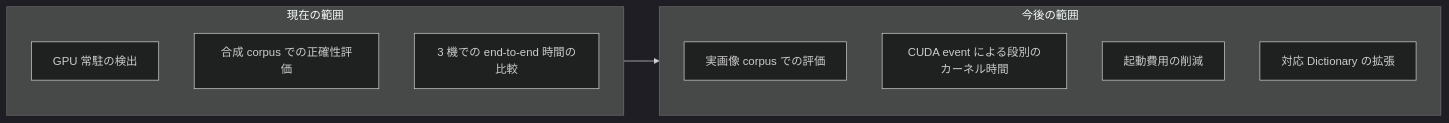
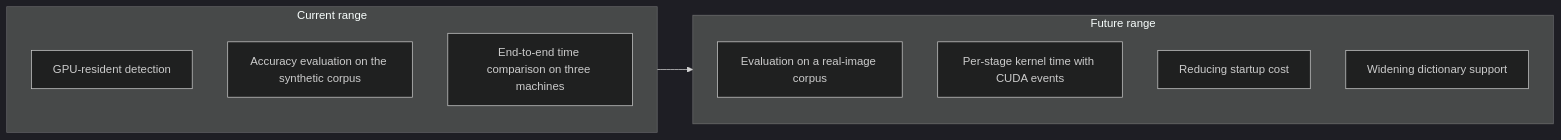
Before and after one commit to MasakazuTobeta/ArUco3-CUDA: the diagram in docs/roadmap.md, drawn with Mermaid (dark theme). The commit also changed other lines of this file and 187 other files, not shown here.

````diff
--- a/docs/roadmap.md
+++ b/docs/roadmap.md
@@ -53,15 +53,15 @@
 ```mermaid
 flowchart LR
-    subgraph NOW["現在の範囲"]
-        A["GPU 常駐の検出"]
-        B["合成 corpus での正確性評価"]
-        C["3 機での end-to-end 時間の比較"]
+    subgraph NOW["Current range"]
+        A["GPU-resident detection"]
+        B["Accuracy evaluation on the synthetic corpus"]
+        C["End-to-end time comparison on three machines"]
     end
-    subgraph NEXT["今後の範囲"]
-        D["実画像 corpus での評価"]
-        E["CUDA event による段別のカーネル時間"]
-        F["起動費用の削減"]
-        G["対応 Dictionary の拡張"]
+    subgraph NEXT["Future range"]
+        D["Evaluation on a real-image corpus"]
+        E["Per-stage kernel time with CUDA events"]
+        F["Reducing startup cost"]
+        G["Widening dictionary support"]
     end
     NOW --> NEXT
 ```
````
